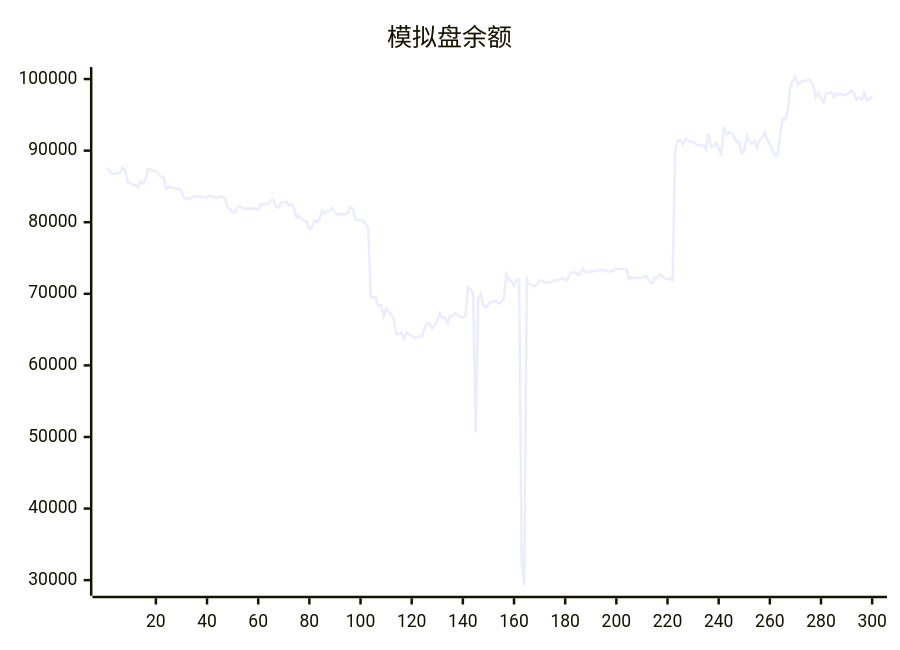
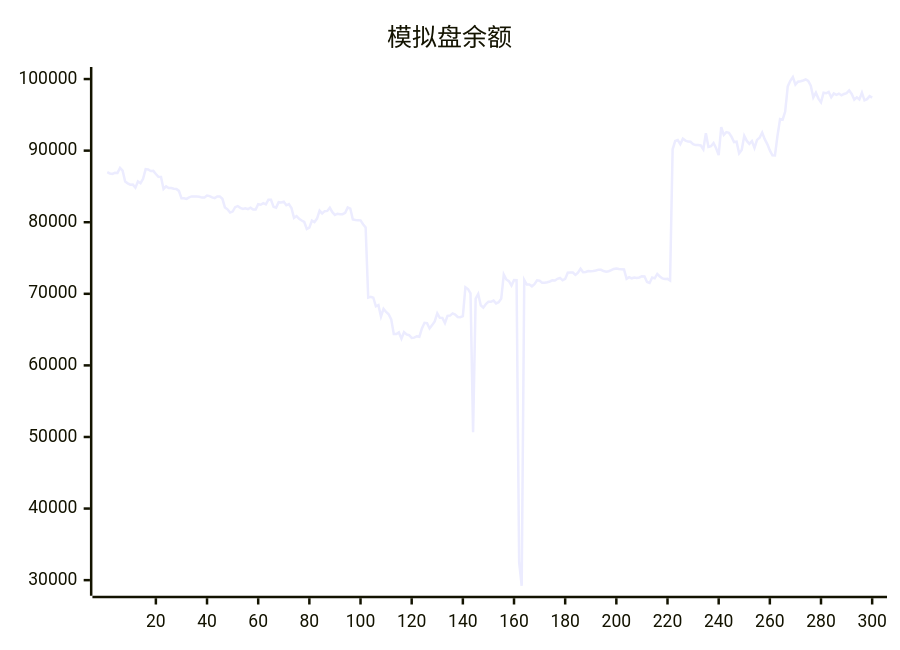
One commit to aahl/ai-trading changed the diagram in README.md. Above: the diagram before and after it, drawn with Mermaid. The commit also changed other lines of this file and 1 other file, not shown here.

````diff
--- a/README.md
+++ b/README.md
@@ -5,5 +5,5 @@
 ```mermaid
 xychart
     title "模拟盘余额"
-    line [87608,87000,86810,86740,86894,86884,87576,87209,85686,85435,85251,85255,84820,85689,85453,86066,87420,87373,87161,87178,86740,86341,86315,84643,85012,84772,84768,84690,84635,84376,83360,83357,83259,83474,83608,83606,83602,83548,83440,83454,83724,83644,83464,83365,83590,83592,83275,82072,81806,81344,81492,82109,82254,82006,81848,81955,81829,82022,81769,81776,82522,82441,82656,82498,83144,83144,82150,82038,82797,82763,82872,82367,82536,81981,80612,80862,80484,80242,80034,79063,79245,80226,80016,80507,81625,81233,81544,81578,82016,81401,81019,81186,81130,81118,81306,82066,81909,80392,80304,80291,80258,79729,79261,69466,69579,69456,68251,68415,66832,67911,67462,67144,66432,64380,64375,64606,63740,64647,64324,64216,63842,63877,64078,64008,65156,65945,65888,65157,65625,66144,67284,66653,66639,65924,66925,66956,67263,67108,66766,66729,66886,70927,70673,70049,50652,69334,69973,68400,68061,68578,68876,68879,69055,68662,68822,69329,72687,71999,71760,71162,71911,71896,32500,29218,71927,71297,71305,71044,71337,71883,71822,71536,71536,71622,71723,71880,71860,72100,72216,71887,72077,72940,72976,72966,72638,72948,73497,73004,73041,73173,73160,73186,73258,73375,73351,73173,73098,73161,73305,73474,73536,73457,73413,73412,72100,72333,72164,72272,72204,72285,72461,72421,71652,71521,72267,72157,72774,72424,72144,72060,72091,71858,90185,91338,91466,90900,91678,91404,91268,91244,90903,90779,90787,90721,90187,92429,90518,90619,91070,90328,89376,93286,92202,92581,92485,91947,91196,91259,89619,90086,92063,91355,90950,91327,90373,91498,91800,92531,91603,90910,90031,89351,89334,92097,94406,94315,95455,98972,99763,100286,99229,99622,99701,99805,99938,99738,99082,97430,98094,97267,96741,98081,98013,98194,97447,97983,97789,97969,97729,97911,98043,98405,97912,97120,97448,97154,98095,97021,97190,97616]
+    line [87000,86810,86740,86894,86884,87576,87209,85686,85435,85251,85255,84820,85689,85453,86066,87420,87373,87161,87178,86740,86341,86315,84643,85012,84772,84768,84690,84635,84376,83360,83357,83259,83474,83608,83606,83602,83548,83440,83454,83724,83644,83464,83365,83590,83592,83275,82072,81806,81344,81492,82109,82254,82006,81848,81955,81829,82022,81769,81776,82522,82441,82656,82498,83144,83144,82150,82038,82797,82763,82872,82367,82536,81981,80612,80862,80484,80242,80034,79063,79245,80226,80016,80507,81625,81233,81544,81578,82016,81401,81019,81186,81130,81118,81306,82066,81909,80392,80304,80291,80258,79729,79261,69466,69579,69456,68251,68415,66832,67911,67462,67144,66432,64380,64375,64606,63740,64647,64324,64216,63842,63877,64078,64008,65156,65945,65888,65157,65625,66144,67284,66653,66639,65924,66925,66956,67263,67108,66766,66729,66886,70927,70673,70049,50652,69334,69973,68400,68061,68578,68876,68879,69055,68662,68822,69329,72687,71999,71760,71162,71911,71896,32500,29218,71927,71297,71305,71044,71337,71883,71822,71536,71536,71622,71723,71880,71860,72100,72216,71887,72077,72940,72976,72966,72638,72948,73497,73004,73041,73173,73160,73186,73258,73375,73351,73173,73098,73161,73305,73474,73536,73457,73413,73412,72100,72333,72164,72272,72204,72285,72461,72421,71652,71521,72267,72157,72774,72424,72144,72060,72091,71858,90185,91338,91466,90900,91678,91404,91268,91244,90903,90779,90787,90721,90187,92429,90518,90619,91070,90328,89376,93286,92202,92581,92485,91947,91196,91259,89619,90086,92063,91355,90950,91327,90373,91498,91800,92531,91603,90910,90031,89351,89334,92097,94406,94315,95455,98972,99763,100286,99229,99622,99701,99805,99938,99738,99082,97430,98094,97267,96741,98081,98013,98194,97447,97983,97789,97969,97729,97911,98043,98405,97912,97120,97448,97154,98095,97021,97190,97616,97402]
 ```
````
